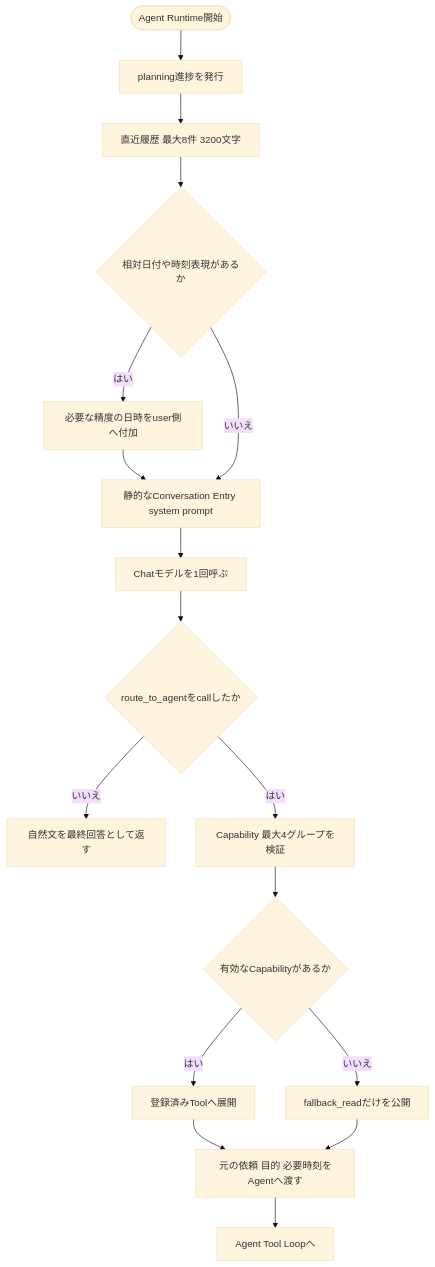
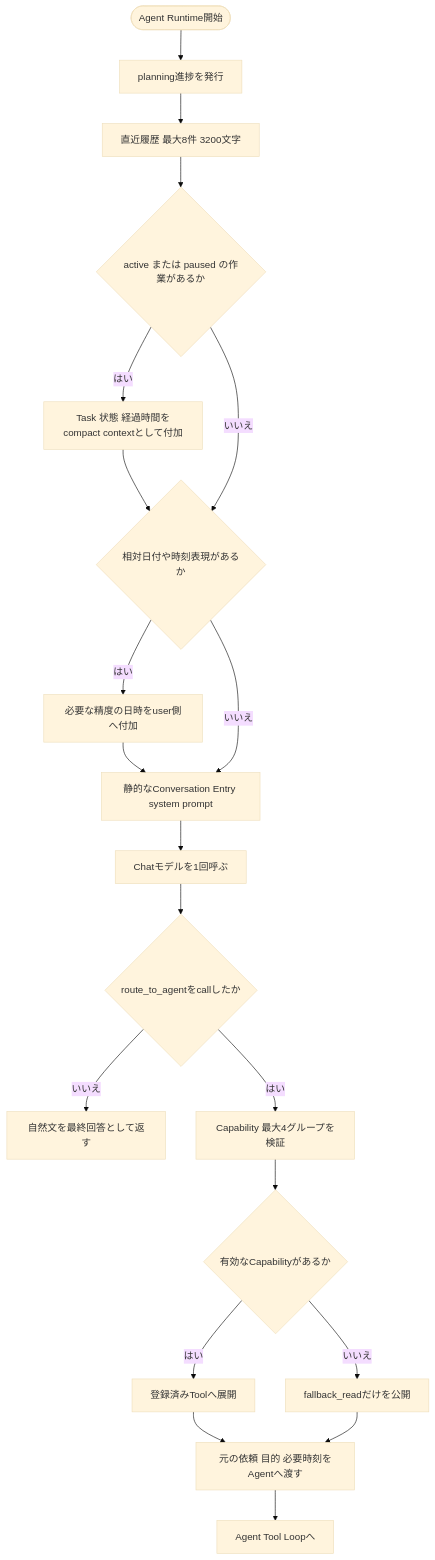
One commit to Soso2e/PETIT changed the second of 13 diagrams in docs/runtime-flows.md. Above: the diagram before and after it, drawn with Mermaid (base theme). The commit also changed other lines of this file and 5 other files, not shown here.

````diff
--- a/docs/runtime-flows.md
+++ b/docs/runtime-flows.md
@@ -76,27 +77,31 @@
 ```mermaid
 flowchart TD
     start([Agent Runtime開始])
     planning[planning進捗を発行]
     history[直近履歴 最大8件 3200文字]
+    activeWork{active または paused の作業があるか}
+    workContext[Task 状態 経過時間をcompact contextとして付加]
     clock{相対日付や時刻表現があるか}
     userClock[必要な精度の日時をuser側へ付加]
     staticSystem[静的なConversation Entry system prompt]
     selector[Chatモデルを1回呼ぶ]
     routed{route_to_agentをcallしたか}
     reply[自然文を最終回答として返す]
     parse[Capability 最大4グループを検証]
     valid{有効なCapabilityがあるか}
     safeFallback[fallback_readだけを公開]
     map[登録済みToolへ展開]
     goal[元の依頼 目的 必要時刻をAgentへ渡す]
     agent[Agent Tool Loopへ]
 
-    start --> planning --> history --> clock
+    start --> planning --> history --> activeWork
+    activeWork -->|はい| workContext --> clock
+    activeWork -->|いいえ| clock
     clock -->|はい| userClock --> staticSystem
     clock -->|いいえ| staticSystem
     staticSystem --> selector --> routed
     routed -->|いいえ| reply
     routed -->|はい| parse --> valid
     valid -->|はい| map --> goal --> agent
     valid -->|いいえ| safeFallback --> goal
 ```
````
